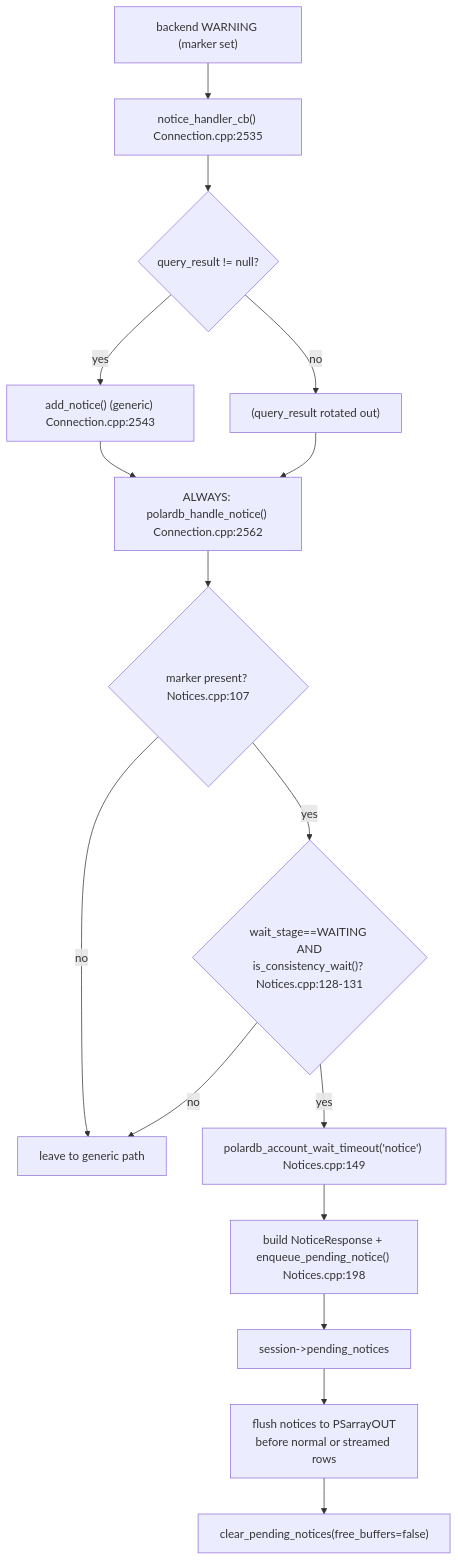
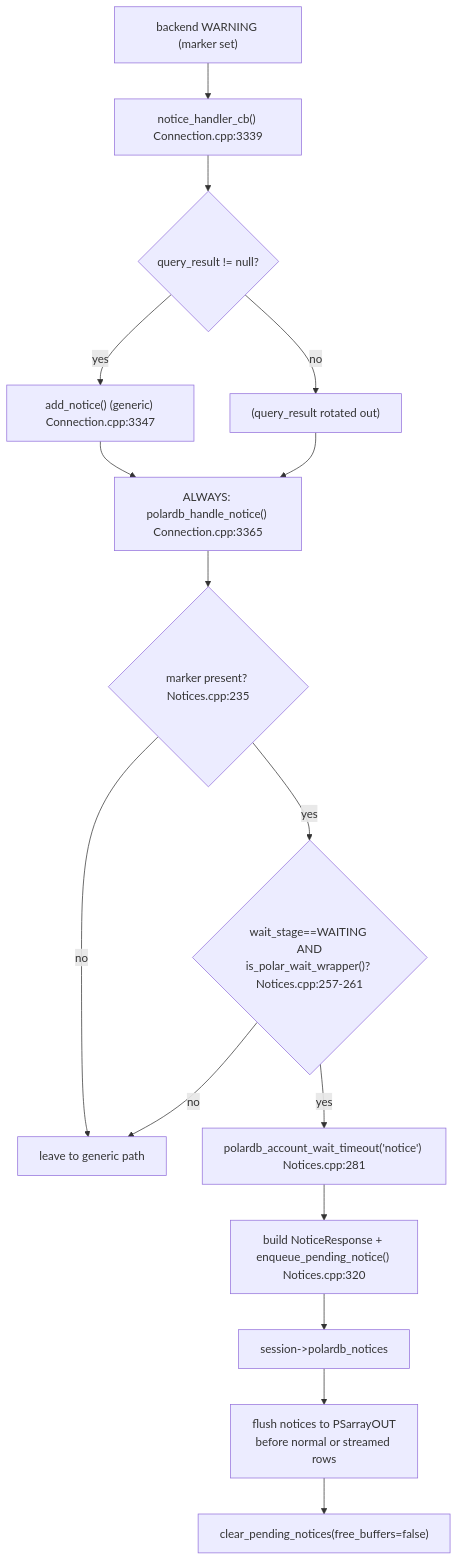
One commit to awide-labs/polar-proxy changed the third of 4 diagrams in doc/polardb-arch/08-WAIT-TIMEOUT-AND-NOTICES.md. Above: the diagram before and after it, drawn with Mermaid. The commit also changed other lines of this file and 21 other files, not shown here.

````diff
--- a/doc/polardb-arch/08-WAIT-TIMEOUT-AND-NOTICES.md
+++ b/doc/polardb-arch/08-WAIT-TIMEOUT-AND-NOTICES.md
@@ -535,18 +535,18 @@
 ```mermaid
 flowchart TD
-    A["backend WARNING (marker set)"] --> B["notice_handler_cb() Connection.cpp:2535"]
+    A["backend WARNING (marker set)"] --> B["notice_handler_cb() Connection.cpp:3339"]
     B --> C{"query_result != null?"}
-    C -- "yes" --> D["add_notice() (generic) Connection.cpp:2543"]
+    C -- "yes" --> D["add_notice() (generic) Connection.cpp:3347"]
     C -- "no" --> E["(query_result rotated out)"]
-    D --> F["ALWAYS: polardb_handle_notice() Connection.cpp:2562"]
+    D --> F["ALWAYS: polardb_handle_notice() Connection.cpp:3365"]
     E --> F
-    F --> G{"marker present? Notices.cpp:107"}
+    F --> G{"marker present? Notices.cpp:235"}
     G -- "no" --> Z["leave to generic path"]
-    G -- "yes" --> H{"wait_stage==WAITING AND<br/>is_consistency_wait()? Notices.cpp:128-131"}
+    G -- "yes" --> H{"wait_stage==WAITING AND<br/>is_polar_wait_wrapper()? Notices.cpp:257-261"}
     H -- "no" --> Z
-    H -- "yes" --> I["polardb_account_wait_timeout('notice') Notices.cpp:149"]
-    I --> J["build NoticeResponse + enqueue_pending_notice() Notices.cpp:198"]
-    J --> K["session->pending_notices"]
+    H -- "yes" --> I["polardb_account_wait_timeout('notice') Notices.cpp:281"]
+    I --> J["build NoticeResponse + enqueue_pending_notice() Notices.cpp:320"]
+    J --> K["session->polardb_notices"]
     K --> L["flush notices to PSarrayOUT<br/>before normal or streamed rows"]
     L --> M["clear_pending_notices(free_buffers=false)"]
 ```
````
